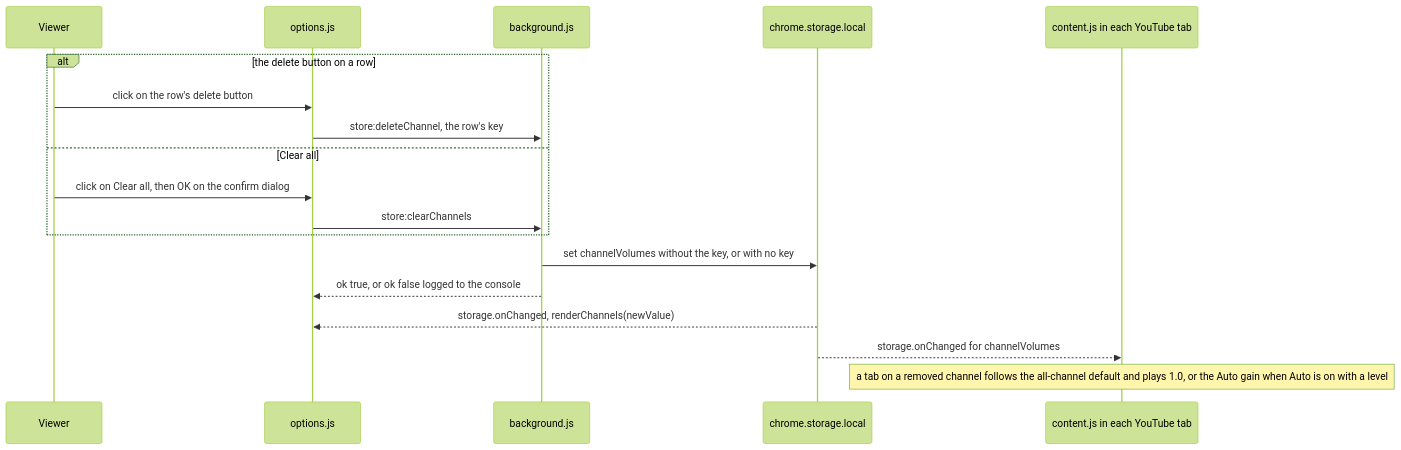
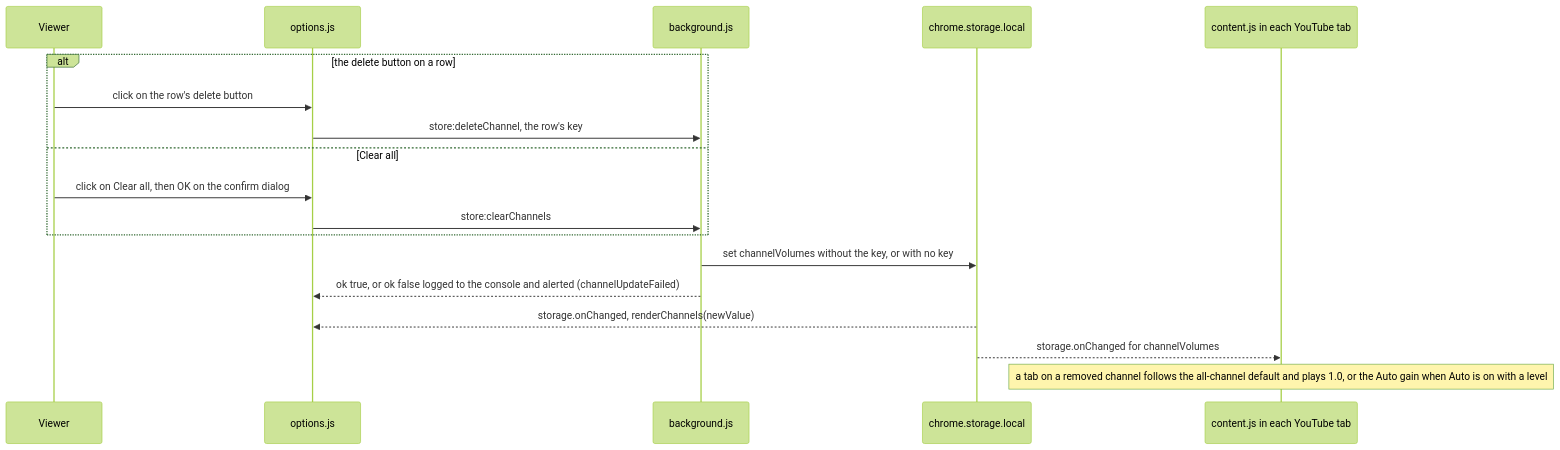
Diagram 14 of 14 in docs/gain-change-and-save.md (semnil/yt-channel-volume), drawn with Mermaid (forest theme) before and after one commit. The commit also changed other lines of this file and 5 other files, not shown here.

````diff
--- a/docs/gain-change-and-save.md
+++ b/docs/gain-change-and-save.md
@@ -667,20 +667,20 @@
 ```mermaid
 sequenceDiagram
   participant V as Viewer
   participant O as options.js
   participant W as background.js
   participant S as chrome.storage.local
   participant C as content.js in each YouTube tab
   alt the delete button on a row
     V->>O: click on the row's delete button
     O->>W: store:deleteChannel, the row's key
   else Clear all
     V->>O: click on Clear all, then OK on the confirm dialog
     O->>W: store:clearChannels
   end
   W->>S: set channelVolumes without the key, or with no key
-  W-->>O: ok true, or ok false logged to the console
+  W-->>O: ok true, or ok false logged to the console and alerted (channelUpdateFailed)
   S-->>O: storage.onChanged, renderChannels(newValue)
   S-->>C: storage.onChanged for channelVolumes
   Note over C: a tab on a removed channel follows the all-channel default and plays 1.0, or the Auto gain when Auto is on with a level
 ```
````
